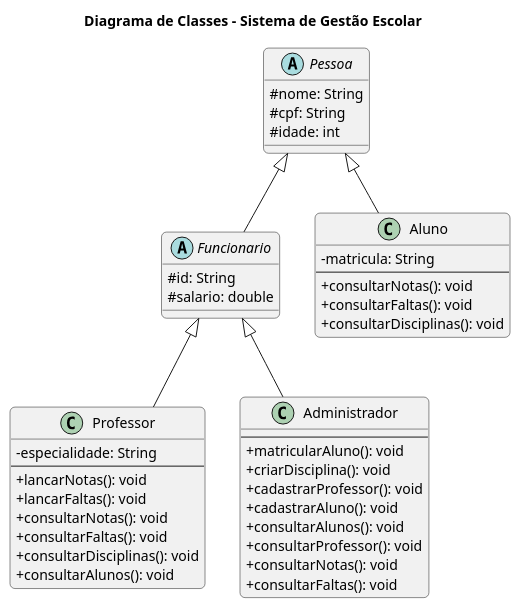
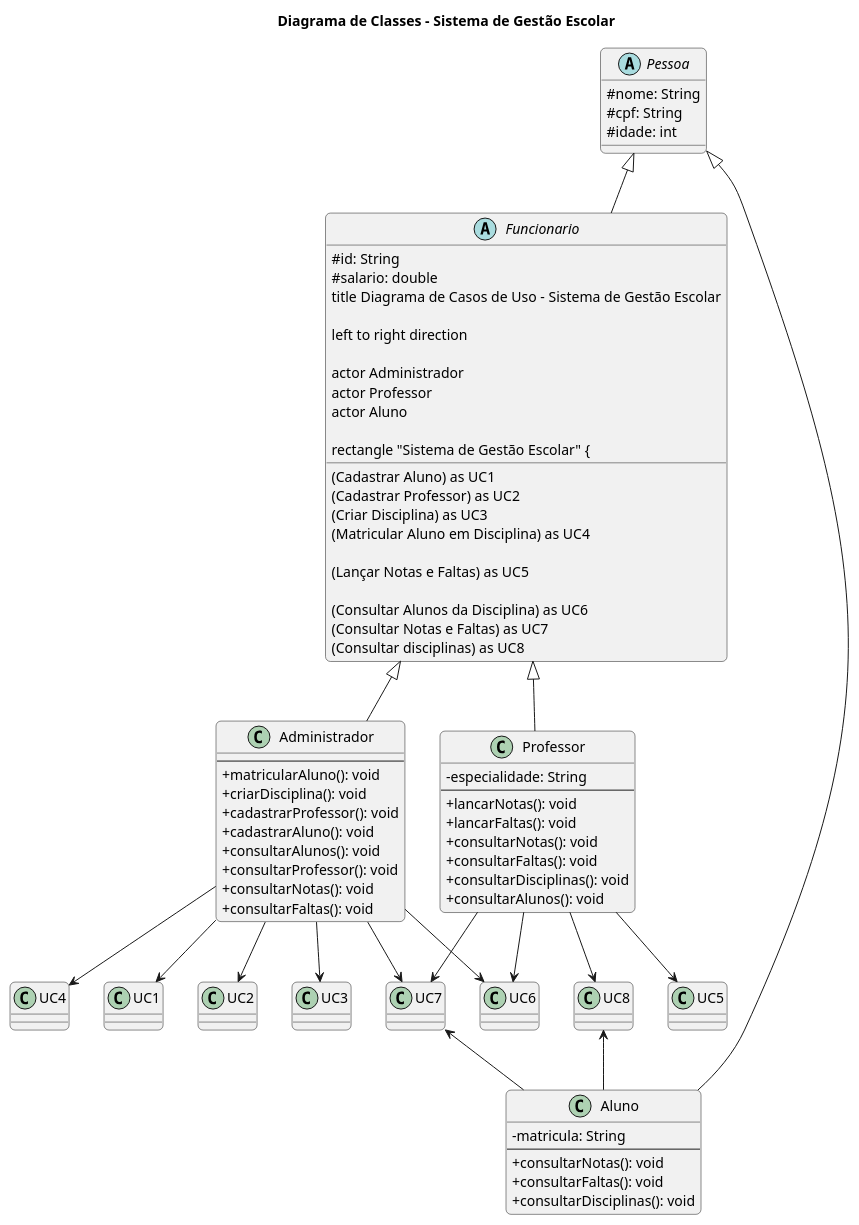
The diagram in diagrama-de-classes.puml (joaovitor-9/Sistema-de-Gestao-Escolar), drawn with PlantUML before and after one commit.

```diff
--- a/diagrama-de-classes.puml
+++ b/diagrama-de-classes.puml
@@ -1,60 +1,102 @@
 @startuml
 ' Título do Diagrama
 title Diagrama de Classes - Sistema de Gestão Escolar
 
 ' Configurações de aparência
 skinparam classAttributeIconSize 0
 skinparam roundcorner 10
 
 ' --- Classes Abstratas ---
 abstract class Pessoa {
   # nome: String
   # cpf: String
   # idade: int
 }
 
 abstract class Funcionario {
   # id: String
   # salario: double
+title Diagrama de Casos de Uso - Sistema de Gestão Escolar
+
+' Layout da esquerda para a direita
+left to right direction
+
+' Definição dos Atores
+actor Administrador
+actor Professor
+actor Aluno
+
+' Delimitação do Sistema com um retângulo
+rectangle "Sistema de Gestão Escolar" {
+  ' Casos de Uso do Administrador
+  (Cadastrar Aluno) as UC1
+  (Cadastrar Professor) as UC2
+  (Criar Disciplina) as UC3
+  (Matricular Aluno em Disciplina) as UC4
+
+  ' Caso de Uso do Professor
+  (Lançar Notas e Faltas) as UC5
+
+  ' Caso de Uso Compartilhado
+  (Consultar Alunos da Disciplina) as UC6
+  (Consultar Notas e Faltas) as UC7
+  (Consultar disciplinas) as UC8
 }
 
 ' --- Classes Concretas ---
 class Aluno {
   - matricula: String
   --
   + consultarNotas(): void
   + consultarFaltas(): void
   + consultarDisciplinas(): void
 }
 
 class Professor {
   - especialidade: String
   --
   + lancarNotas(): void
   + lancarFaltas(): void
   + consultarNotas(): void
   + consultarFaltas(): void
   + consultarDisciplinas(): void
   + consultarAlunos(): void
 }
+' Relacionamentos do Administrador com os Casos de Uso
+Administrador --> UC1
+Administrador --> UC2
+Administrador --> UC3
+Administrador --> UC4
 
 class Administrador {
   --
   + matricularAluno(): void
   + criarDisciplina(): void
   + cadastrarProfessor(): void
   + cadastrarAluno(): void
   + consultarAlunos(): void
   + consultarProfessor(): void
   + consultarNotas(): void
   + consultarFaltas(): void
 }
+' Relacionamento do Professor com os Casos de Uso
+Professor --> UC5
 
 ' --- Relações de Herança ---
 Pessoa <|-- Aluno
 Pessoa <|-- Funcionario
+' Ambos os atores podem realizar a consulta
+Administrador --> UC6
+Professor --> UC6
 
 Funcionario <|-- Professor
 Funcionario <|-- Administrador
+' Todos os atores podem realizar a consulta
+Administrador --> UC7
+Professor --> UC7
+UC7 <-- Aluno
 
+' Ambos os atores podem realizar a consulta
+Professor --> UC8
+UC8 <-- Aluno
 @enduml
```
